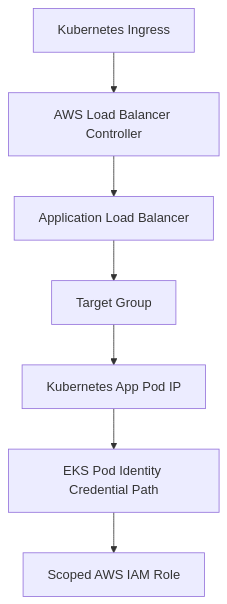
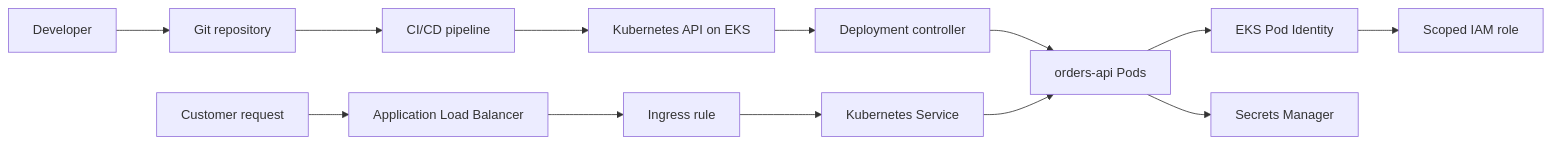
Before and after one commit to senlinyy/dev-roadmaps: the diagram in cloud-providers/aws/compute-application-hosting/05-kubernetes-and-eks.md, drawn with Mermaid. The commit also changed other lines of this file and 610 other files, not shown here.

````diff
--- a/cloud-providers/aws/compute-application-hosting/05-kubernetes-and-eks.md
+++ b/cloud-providers/aws/compute-application-hosting/05-kubernetes-and-eks.md
@@ -52,9 +65,15 @@
 ```mermaid
-flowchart TD
-    Ingress[Kubernetes Ingress] --> Controller[AWS Load Balancer Controller]
-    Controller --> ALB[Application Load Balancer]
-    ALB --> TargetGroup[Target Group]
-    TargetGroup --> Pod[Kubernetes App Pod IP]
-    Pod --> PodIdentity[EKS Pod Identity Credential Path]
-    PodIdentity --> IAM[Scoped AWS IAM Role]
+flowchart LR
+    Dev[Developer] --> Git[Git repository]
+    Git --> Pipeline[CI/CD pipeline]
+    Pipeline --> API[Kubernetes API on EKS]
+    API --> Deploy[Deployment controller]
+    Deploy --> Pods[orders-api Pods]
+    User[Customer request] --> ALB[Application Load Balancer]
+    ALB --> Ingress[Ingress rule]
+    Ingress --> Service[Kubernetes Service]
+    Service --> Pods
+    Pods --> PodIdentity[EKS Pod Identity]
+    PodIdentity --> IAM[Scoped IAM role]
+    Pods --> Secret[Secrets Manager]
 ```
````
